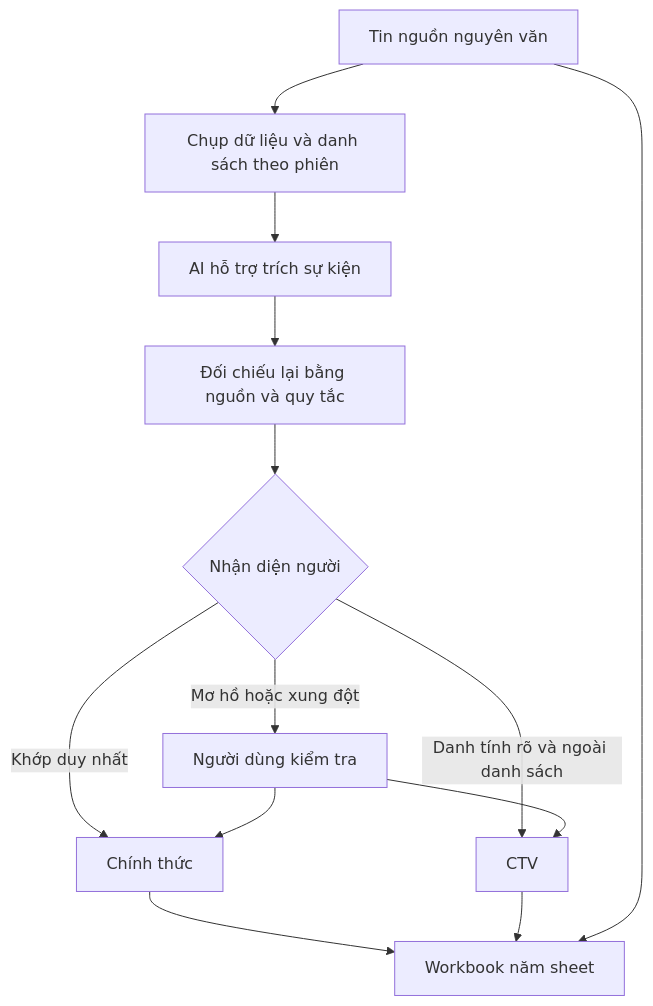
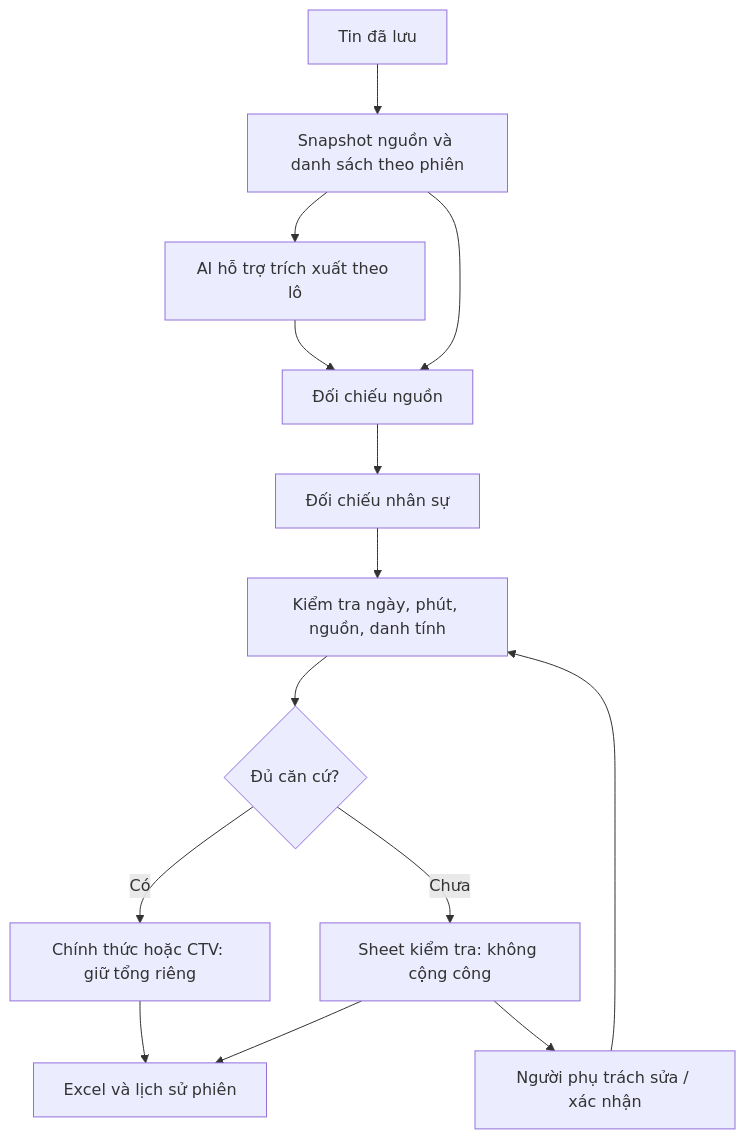
Before and after one commit to danggiakhanhgl2022-hash/AttendSift-AI: the second of 2 diagrams in docs/ARCHITECTURE.md, drawn with Mermaid. The commit also changed other lines of this file and 227 other files, not shown here.

````diff
--- a/docs/ARCHITECTURE.md
+++ b/docs/ARCHITECTURE.md
@@ -22,15 +39,16 @@
 ```mermaid
 flowchart TD
-    S[Tin nguồn nguyên văn] --> P[Chụp dữ liệu và danh sách theo phiên]
-    P --> AI[AI hỗ trợ trích sự kiện]
-    AI --> R[Đối chiếu lại bằng nguồn và quy tắc]
-    R --> D{Nhận diện người}
-    D -->|Khớp duy nhất| O[Chính thức]
-    D -->|Danh tính rõ và ngoài danh sách| C[CTV]
-    D -->|Mơ hồ hoặc xung đột| H[Người dùng kiểm tra]
-    H --> O
-    H --> C
-    O --> X[Workbook năm sheet]
-    C --> X
-    S --> X
+    M[Tin đã lưu] --> S[Snapshot nguồn và danh sách theo phiên]
+    S --> A[AI hỗ trợ trích xuất theo lô]
+    A --> R[Đối chiếu nguồn]
+    S --> R
+    R --> P[Đối chiếu nhân sự]
+    P --> V[Kiểm tra ngày, phút, nguồn, danh tính]
+    V --> D{Đủ căn cứ?}
+    D -->|Có| T[Chính thức hoặc CTV: giữ tổng riêng]
+    D -->|Chưa| Q[Sheet kiểm tra: không cộng công]
+    Q --> H[Người phụ trách sửa / xác nhận]
+    H --> V
+    T --> X[Excel và lịch sử phiên]
+    Q --> X
 ```
````
